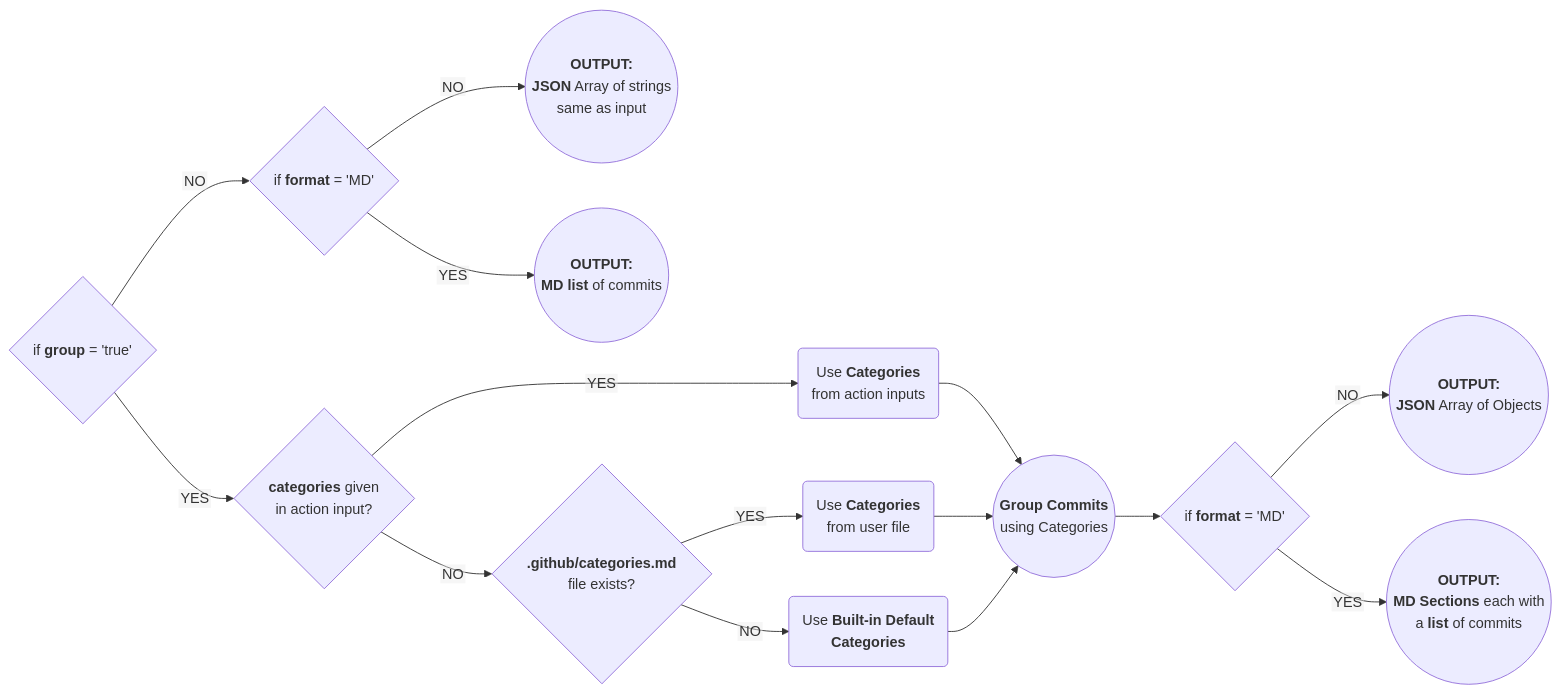
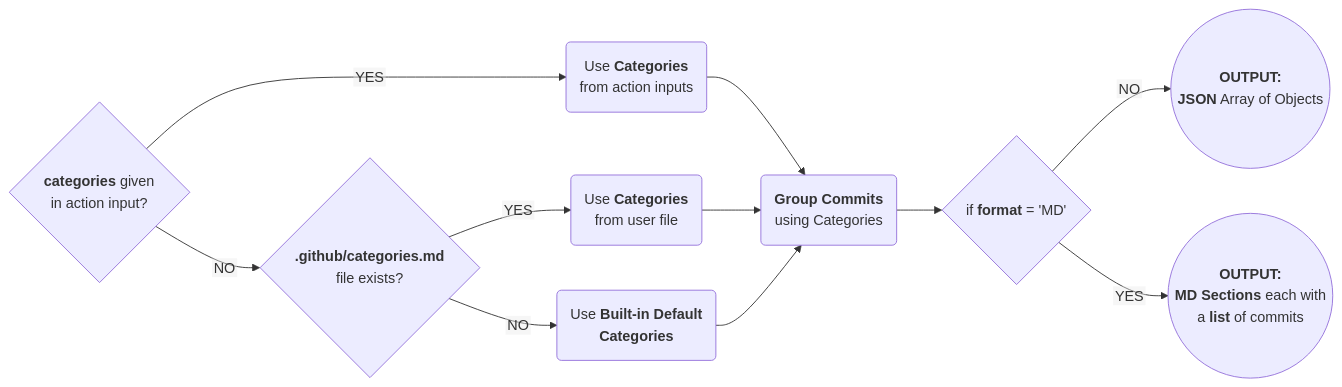
Before and after one commit to boromir674/action-generate-changelog: the diagram in README.md, drawn with Mermaid.

````diff
--- a/README.md
+++ b/README.md
@@ -5,62 +5,66 @@
 ```mermaid
 %%{init: {"flowchart": {"htmlLabels": false}} }%%
 flowchart LR
 
 %% CONDITIONS
-if_group{"`if **group** = 'true'`"}
-if_format_is_md{"`if **format** = 'MD'`"}
+%%% NOTE: so far it seems that it is a redundant use case to support group=false
+%% if_group{"`if **group** = 'true'`"}
+%% if_format_is_md{"`if **format** = 'MD'`"}
+
 if_format_is_md_2{"`if **format** = 'MD'`"}
 if_categories_input_is_supplied{"`**categories** given
 in action input?`"}
 if_user_categories_files_found{"`**.github/categories.md**
 file exists?`"}
 
 %% FINAL NODES
-gen_output_same_as_input(("`**OUTPUT:**
-**JSON** Array of strings
-same as input`"))
-gen_output_md_list_from_input_json_array(("`**OUTPUT:**
-**MD list** of commits`"))
+%% gen_output_same_as_input(("`**OUTPUT:**
+%% **JSON** Array of strings
+%% same as input`"))
+%% gen_output_md_list_from_input_json_array(("`**OUTPUT:**
+%% **MD list** of commits`"))
+
 gen_output_as_json_array(("`**OUTPUT:**
 **JSON** Array of Objects`"))
 gen_output_md_sections(("`**OUTPUT:**
 **MD Sections** each with
 a **list** of commits`"))
 
 %% OTHER NODES
 use_categories_input("`Use **Categories**
 from action inputs`")
 use_categories_from_user_file("`Use **Categories**
 from user file`")
 use_categories_from_built_in_default("`Use **Built-in Default**
 **Categories**`")
-group_commits_using_categories(("`**Group Commits**
-using Categories`"))
+group_commits_using_categories("`**Group Commits**
+using Categories`")
 
 
 %% FLOW / LOGIC GRAPH
 
 %%% group flag is FALSE
-if_group -- NO --> if_format_is_md
-if_format_is_md -- NO --> gen_output_same_as_input
-if_format_is_md -- YES --> gen_output_md_list_from_input_json_array
+%%% NOTE: so far it seems that it is a redundant use case to support group=false
+%% if_group -- NO --> if_format_is_md
+%% if_format_is_md -- NO --> gen_output_same_as_input
+%% if_format_is_md -- YES --> gen_output_md_list_from_input_json_array
 
 %%% group flag is TRUE
-if_group -- YES --> if_categories_input_is_supplied
+%% (see NOTE) if_group -- YES --> if_categories_input_is_supplied
 
 if_categories_input_is_supplied -- YES --> use_categories_input
 use_categories_input --> group_commits_using_categories
 
 if_categories_input_is_supplied -- NO --> if_user_categories_files_found
 if_user_categories_files_found -- YES --> use_categories_from_user_file
 
 use_categories_from_user_file --> group_commits_using_categories
 
 if_user_categories_files_found -- NO --> use_categories_from_built_in_default
 use_categories_from_built_in_default --> group_commits_using_categories
 
 group_commits_using_categories --> if_format_is_md_2
 if_format_is_md_2 -- NO --> gen_output_as_json_array
 if_format_is_md_2 -- YES --> gen_output_md_sections
 
 ```
````
